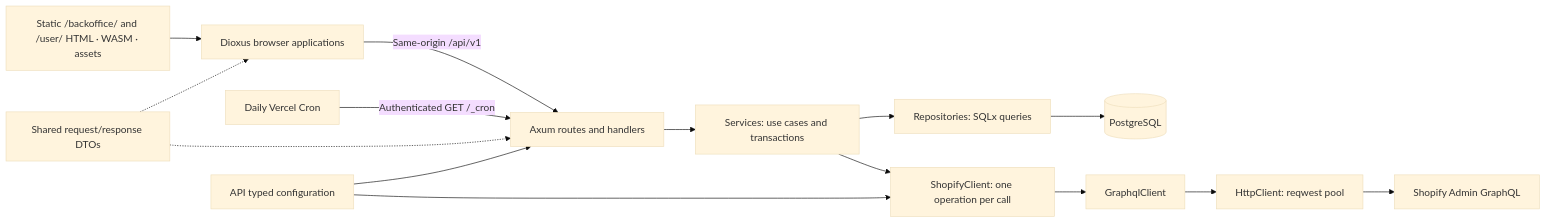
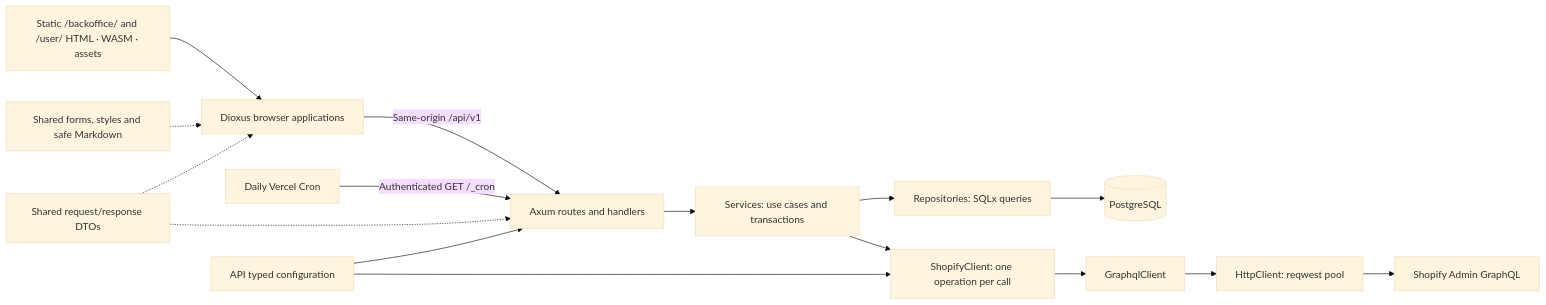
The first of 6 diagrams in docs/architecture.md (enzumeii/monolith), drawn with Mermaid (base theme) before and after one commit. The commit also changed other lines of this file and 182 other files, not shown here.

````diff
--- a/docs/architecture.md
+++ b/docs/architecture.md
@@ -7,17 +7,18 @@
 ```mermaid
 flowchart LR
     STATIC["Static /backoffice/ and /user/ HTML · WASM · assets"] --> UI["Dioxus browser applications"]
     UI -->|"Same-origin /api/v1"| API["Axum routes and handlers"]
     CRON["Daily Vercel Cron"] -->|"Authenticated GET /_cron"| API
     API --> SERVICES["Services: use cases and transactions"]
     SERVICES --> REPO["Repositories: SQLx queries"]
     REPO --> DB[("PostgreSQL")]
+    PRESENTATION["Shared forms, styles and safe Markdown"] -.-> UI
     DOMAIN["Shared request/response DTOs"] -.-> UI
     DOMAIN -.-> API
     SERVICES --> SHOPIFY["ShopifyClient: one operation per call"]
     SHOPIFY --> GQL["GraphqlClient"]
     GQL --> HTTP["HttpClient: reqwest pool"]
     HTTP --> REMOTE["Shopify Admin GraphQL"]
     CONFIG["API typed configuration"] --> API
     CONFIG --> SHOPIFY
 ```
````
